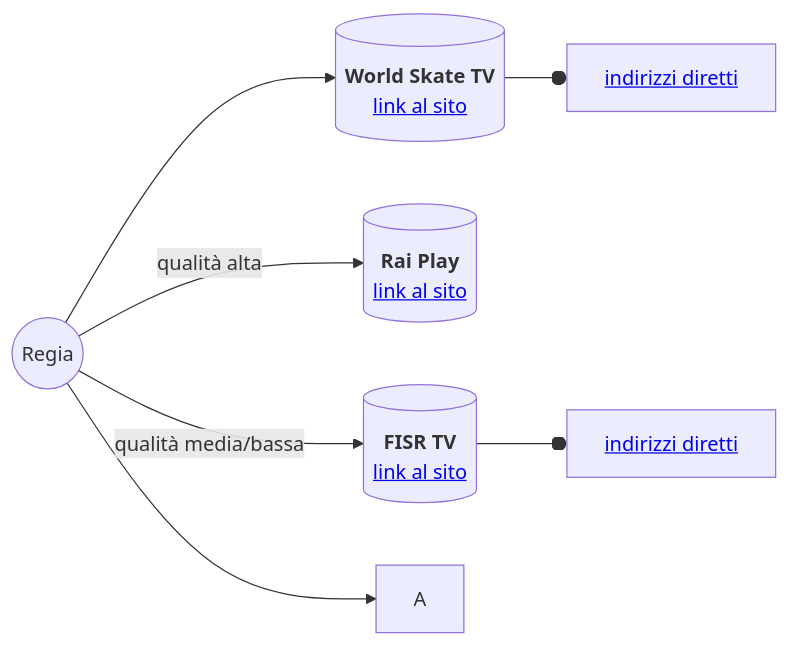
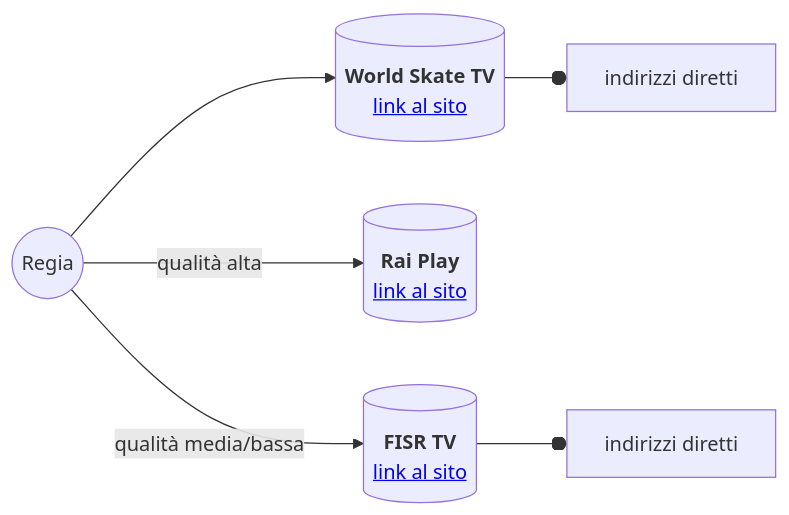
Before and after one commit to aiBR3/WSG2024-video: the diagram in README.md, drawn with Mermaid.

````diff
--- a/README.md
+++ b/README.md
@@ -3,10 +3,10 @@
 ```mermaid
 flowchart LR
     Regia((Regia)) --> WSG[("<strong>World Skate TV</strong><br><a href="https://worldskate.tv/world-skate-games/wsg-2024/wsg-inline-speed-2024" target="_blank">link al sito</a>")]
     Regia -- qualità alta --> Rai[("<strong>Rai Play</strong><br><a href="https://www.raiplay.it/guidatv?channel=rai-sport" target="_blank">link al sito</a>")]
     Regia -- qualità media/bassa --> FISR[("<strong>FISR TV</strong><br><a href="https://fisrtv.it/" target="_blank">link al sito</a>")]
-    WSG --o WSG1["<a href="https://github.com/aiBR3/WSG2024-video#world-skate-tv">indirizzi diretti</a>"]
-    FISR --o FISR1["<a href="https://github.com/aiBR3/WSG2024-video#trasmissione-2024-09-13-0815-pista">indirizzi diretti</a>"]
-    Regia --> A
-    click A "https://www.apple.com" "This is a tooltip for a link"
+    WSG --o WSG1["indirizzi diretti"]
+    FISR --o FISR1["indirizzi diretti"]
+    click WSG1 "https://github.com/aiBR3/WSG2024-video#world-skate-tv"
+    click FISR1 "https://github.com/aiBR3/WSG2024-video#trasmissione-2024-09-13-0815-pista"
 ```
````
